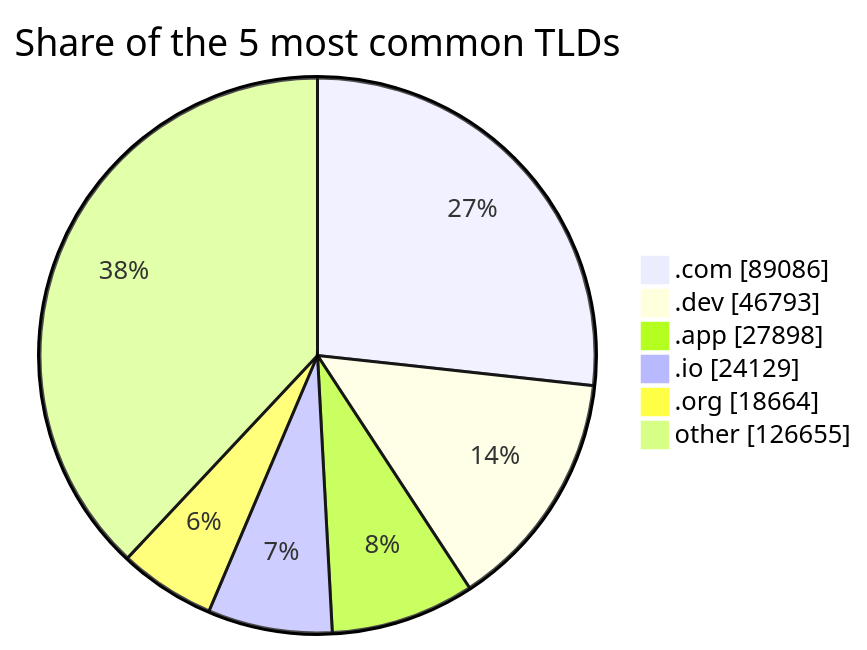
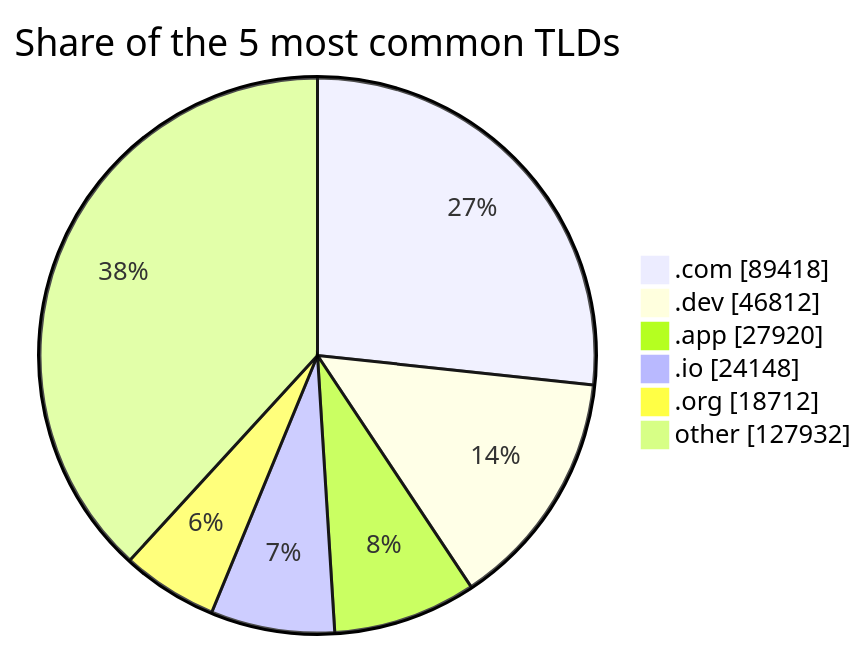
The third of 3 diagrams in README.md (DNSBunker/CTI), drawn with Mermaid before and after one commit. The commit also changed other lines of this file and 3 other files, not shown here.

````diff
--- a/README.md
+++ b/README.md
@@ -81,9 +81,9 @@
 ```mermaid
 pie showData title Share of the 5 most common TLDs
-    ".com" : 89086
-    ".dev" : 46793
-    ".app" : 27898
-    ".io" : 24129
-    ".org" : 18664
-    "other" : 126655
+    ".com" : 89418
+    ".dev" : 46812
+    ".app" : 27920
+    ".io" : 24148
+    ".org" : 18712
+    "other" : 127932
 ```
````
